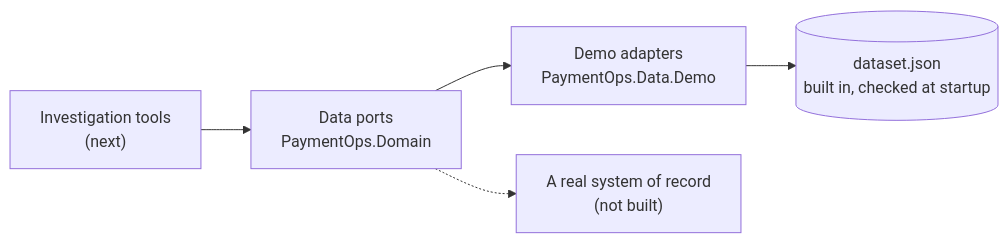
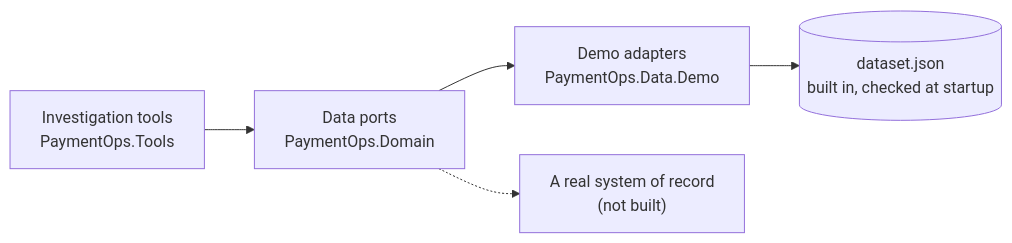
One commit to ankurparekh1988/payment-ops-investigation-agent changed the fifth of 7 diagrams in docs/Architecture.md. Above: the diagram before and after it, drawn with Mermaid. The commit also changed other lines of this file and 92 other files, not shown here.

First line of the commit message:
feat: add the investigation agent with read-only tools and validated assessments (#19)

````diff
--- a/docs/Architecture.md
+++ b/docs/Architecture.md
@@ -161,7 +161,7 @@
 ```mermaid
 flowchart LR
-  T["Investigation tools<br/>(next)"] --> P["Data ports<br/>PaymentOps.Domain"]
+  T["Investigation tools<br/>PaymentOps.Tools"] --> P["Data ports<br/>PaymentOps.Domain"]
   P --> D["Demo adapters<br/>PaymentOps.Data.Demo"]
   D --> J[("dataset.json<br/>built in, checked at startup")]
   P -.-> R["A real system of record<br/>(not built)"]
 ```
````
